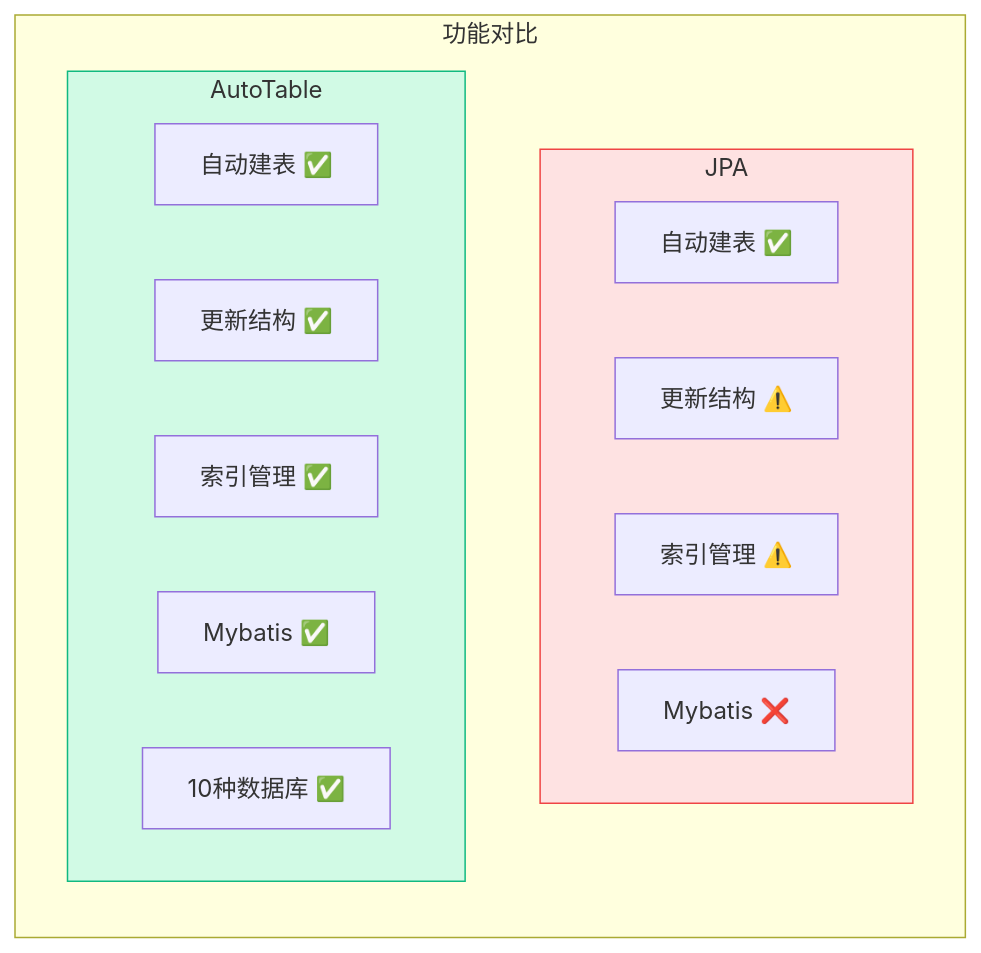
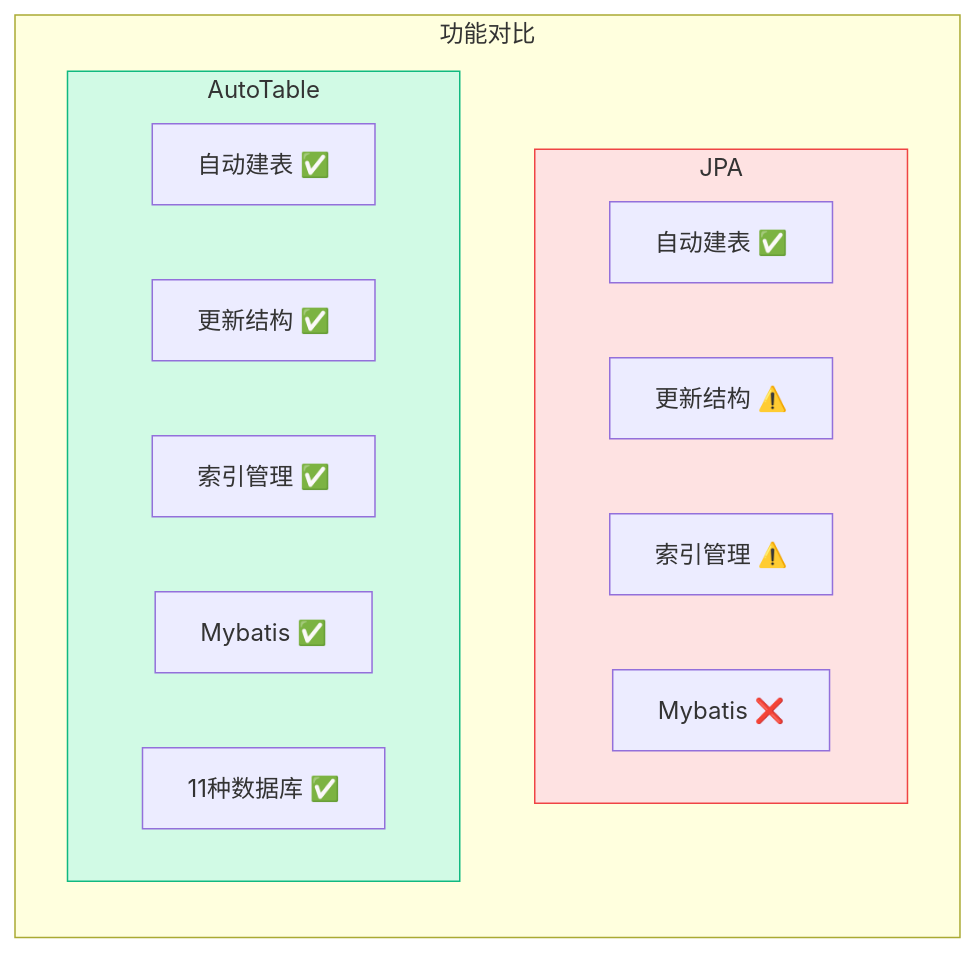
One commit to dromara/auto-table changed the second of 6 diagrams in auto-table-doc/docs/快速开始/简介.md. Above: the diagram before and after it, drawn with Mermaid. The commit also changed other lines of this file and 5 other files, not shown here.

````diff
--- a/auto-table-doc/docs/快速开始/简介.md
+++ b/auto-table-doc/docs/快速开始/简介.md
@@ -41,24 +41,24 @@
 ```mermaid
 flowchart LR
     subgraph compare["功能对比"]
         direction TB
         
         subgraph jpa["JPA"]
             J1["自动建表 ✅"]
             J2["更新结构 ⚠️"]
             J3["索引管理 ⚠️"]
             J4["Mybatis ❌"]
         end
         
         subgraph autotable["AutoTable"]
             A1["自动建表 ✅"]
             A2["更新结构 ✅"]
             A3["索引管理 ✅"]
             A4["Mybatis ✅"]
-            A5["10种数据库 ✅"]
+            A5["11种数据库 ✅"]
         end
     end
 
     style jpa fill:#fee2e2,stroke:#ef4444
     style autotable fill:#d1fae5,stroke:#10b981
 ```
````
